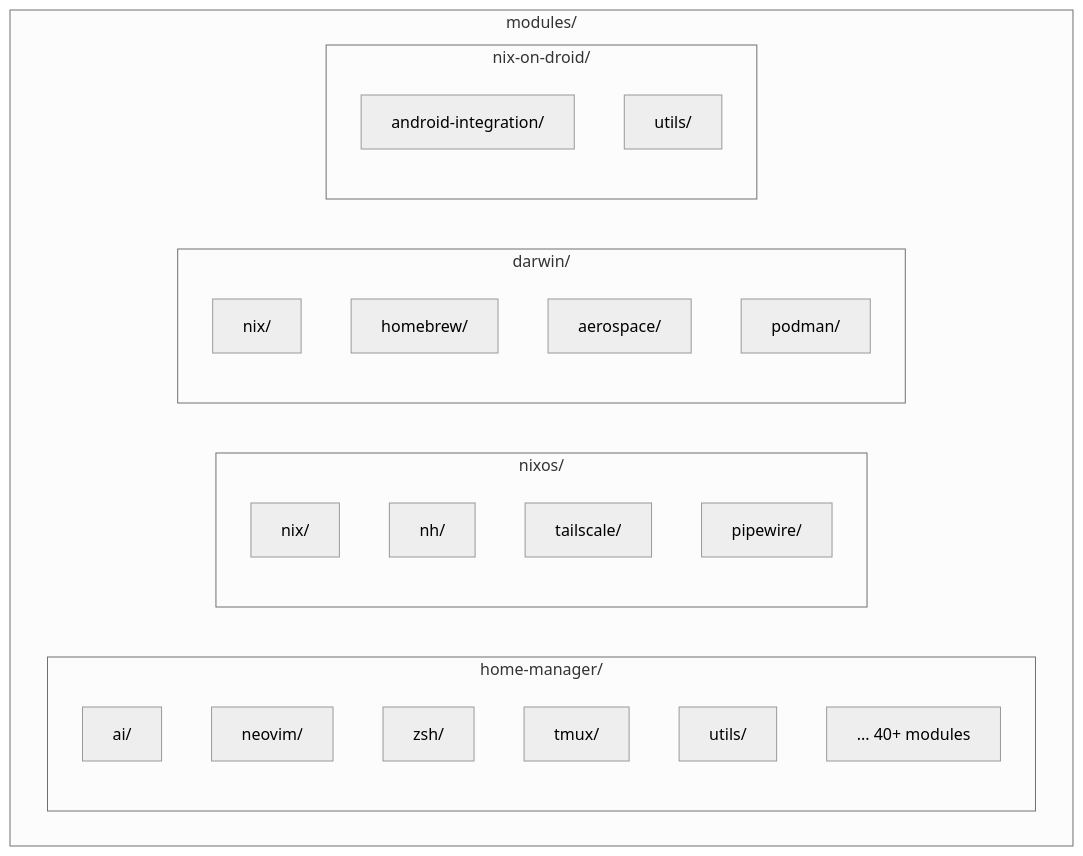
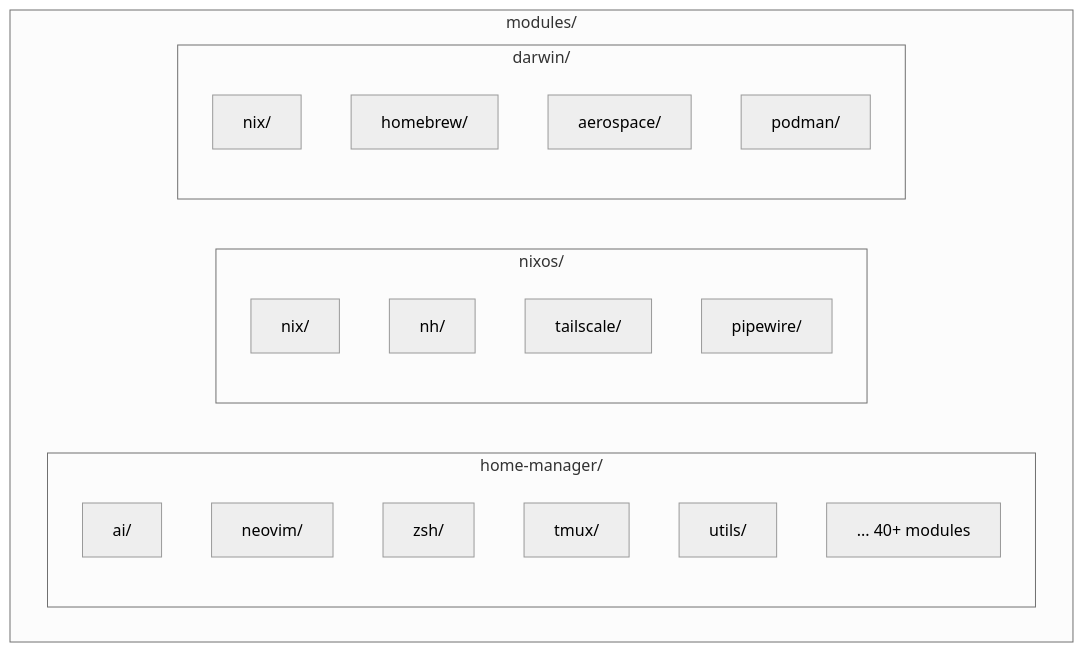
The fourth of 14 diagrams in docs/ARCHITECTURE.md (idjoo/dotfiles), drawn with Mermaid (neutral theme) before and after one commit. The commit also changed other lines of this file and 3 other files, not shown here.

````diff
--- a/docs/ARCHITECTURE.md
+++ b/docs/ARCHITECTURE.md
@@ -172,32 +154,27 @@
 ```mermaid
 graph TB
     subgraph "modules/"
         subgraph "home-manager/"
             AI[ai/]
             NV[neovim/]
             ZSH[zsh/]
             TMUX[tmux/]
             UTILS[utils/]
             OTHER[... 40+ modules]
         end
 
         subgraph "nixos/"
             NIX_N[nix/]
             NH[nh/]
             TS[tailscale/]
             PW[pipewire/]
         end
 
         subgraph "darwin/"
             NIX_D[nix/]
             HB[homebrew/]
             AS[aerospace/]
             PM[podman/]
         end
-
-        subgraph "nix-on-droid/"
-            ANDROID[android-integration/]
-            UTILS_A[utils/]
-        end
     end
 ```
````
